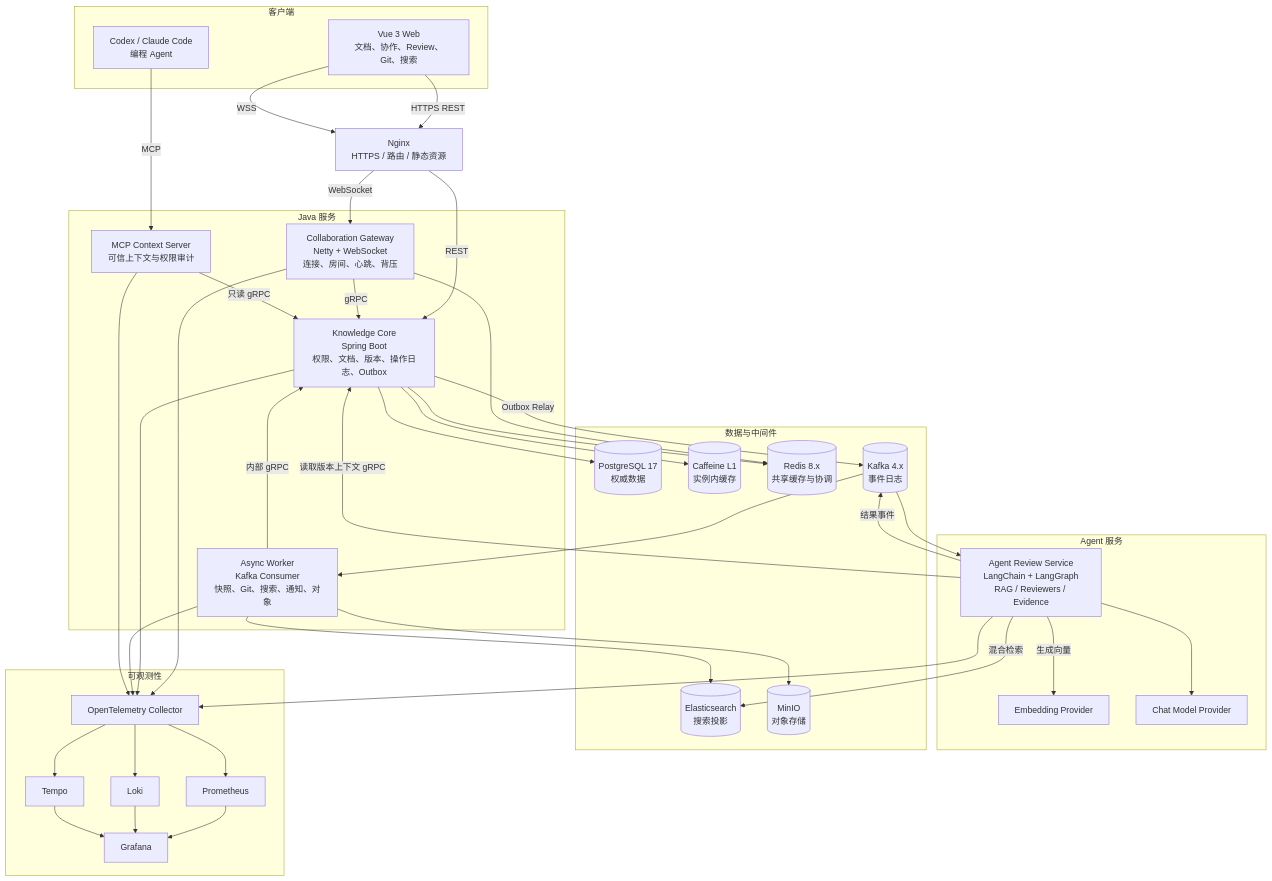
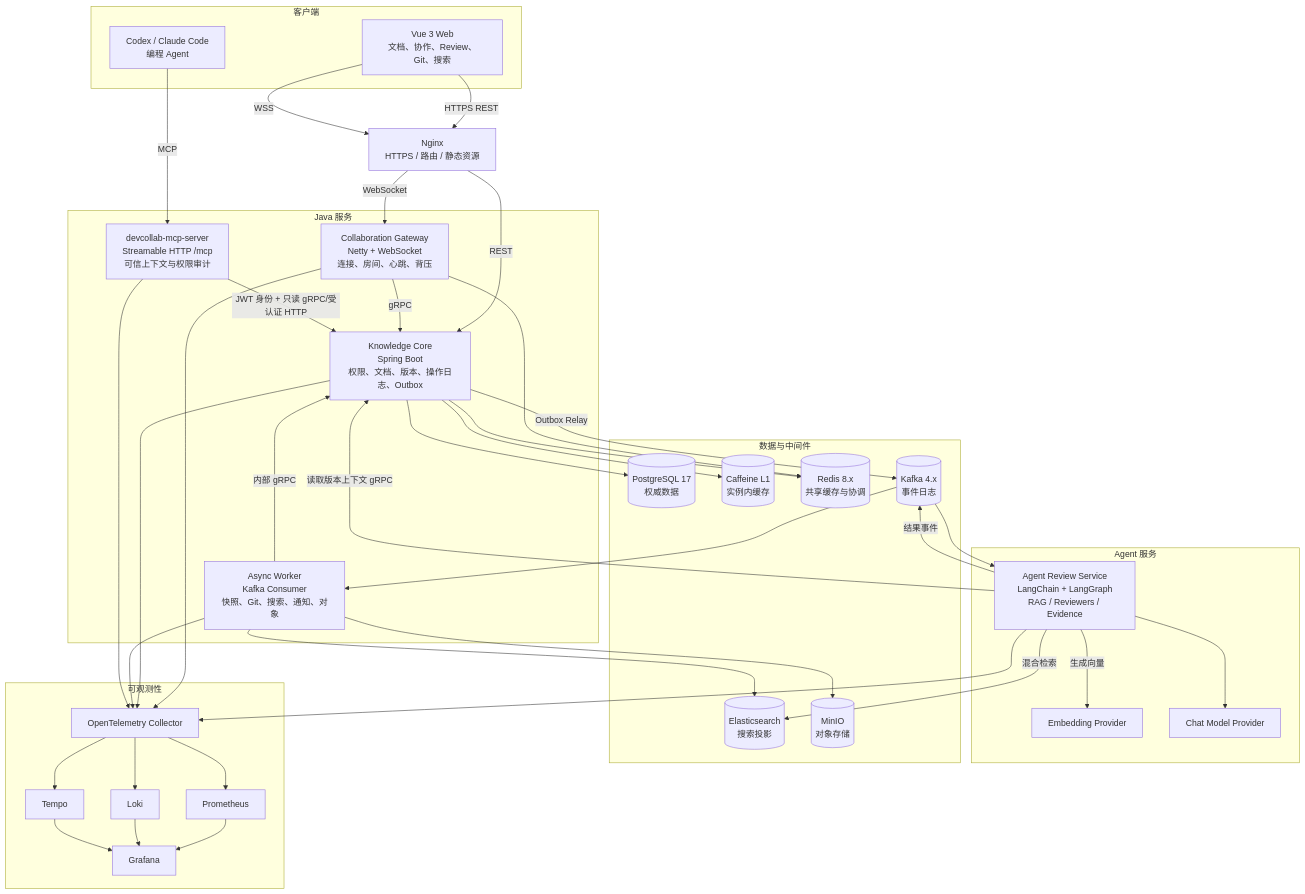
One commit to XMU-Linjer/devcolab changed the first of 5 diagrams in docs/02-devcollab-system-architecture-v0.3.md. Above: the diagram before and after it, drawn with Mermaid. The commit also changed other lines of this file and 8 other files, not shown here.

````diff
--- a/docs/02-devcollab-system-architecture-v0.3.md
+++ b/docs/02-devcollab-system-architecture-v0.3.md
@@ -240,75 +240,75 @@
 ```mermaid
 flowchart TB
     subgraph Clients[客户端]
         Web["Vue 3 Web<br/>文档、协作、Review、Git、搜索"]
         CodingAgent["Codex / Claude Code<br/>编程 Agent"]
     end
 
     Nginx["Nginx<br/>HTTPS / 路由 / 静态资源"]
 
     subgraph JavaServices[Java 服务]
         Gateway["Collaboration Gateway<br/>Netty + WebSocket<br/>连接、房间、心跳、背压"]
         Core["Knowledge Core<br/>Spring Boot<br/>权限、文档、版本、操作日志、Outbox"]
         Worker["Async Worker<br/>Kafka Consumer<br/>快照、Git、搜索、通知、对象"]
-        MCP["MCP Context Server<br/>可信上下文与权限审计"]
+        MCP["devcollab-mcp-server<br/>Streamable HTTP /mcp<br/>可信上下文与权限审计"]
     end
 
     subgraph AgentServices[Agent 服务]
         Agent["Agent Review Service<br/>LangChain + LangGraph<br/>RAG / Reviewers / Evidence"]
         Embed["Embedding Provider"]
         LLM["Chat Model Provider"]
     end
 
     subgraph Data[数据与中间件]
         PG[("PostgreSQL 17<br/>权威数据")]
         Caffeine[("Caffeine L1<br/>实例内缓存")]
         Redis[("Redis 8.x<br/>共享缓存与协调")]
         Kafka[("Kafka 4.x<br/>事件日志")]
         ES[("Elasticsearch<br/>搜索投影")]
         MinIO[("MinIO<br/>对象存储")]
     end
 
     subgraph Observe[可观测性]
         OTel[OpenTelemetry Collector]
         Prom[Prometheus]
         Loki[Loki]
         Tempo[Tempo]
         Grafana[Grafana]
     end
 
     Web -->|HTTPS REST| Nginx
     Web -->|WSS| Nginx
     Nginx -->|REST| Core
     Nginx -->|WebSocket| Gateway
     CodingAgent -->|MCP| MCP
 
     Gateway -->|gRPC| Core
     Gateway --> Redis
     Core --> Caffeine
     Core --> Redis
     Core --> PG
     Core -->|Outbox Relay| Kafka
     Kafka --> Worker
     Kafka --> Agent
     Worker -->|内部 gRPC| Core
     Worker --> ES
     Worker --> MinIO
     Agent -->|读取版本上下文 gRPC| Core
     Agent -->|混合检索| ES
     Agent -->|生成向量| Embed
     Agent --> LLM
     Agent -->|结果事件| Kafka
-    MCP -->|只读 gRPC| Core
+    MCP -->|JWT 身份 + 只读 gRPC/受认证 HTTP| Core
 
     Gateway --> OTel
     Core --> OTel
     Worker --> OTel
     Agent --> OTel
     MCP --> OTel
     OTel --> Prom
     OTel --> Loki
     OTel --> Tempo
     Prom --> Grafana
     Loki --> Grafana
     Tempo --> Grafana
 ```
````
